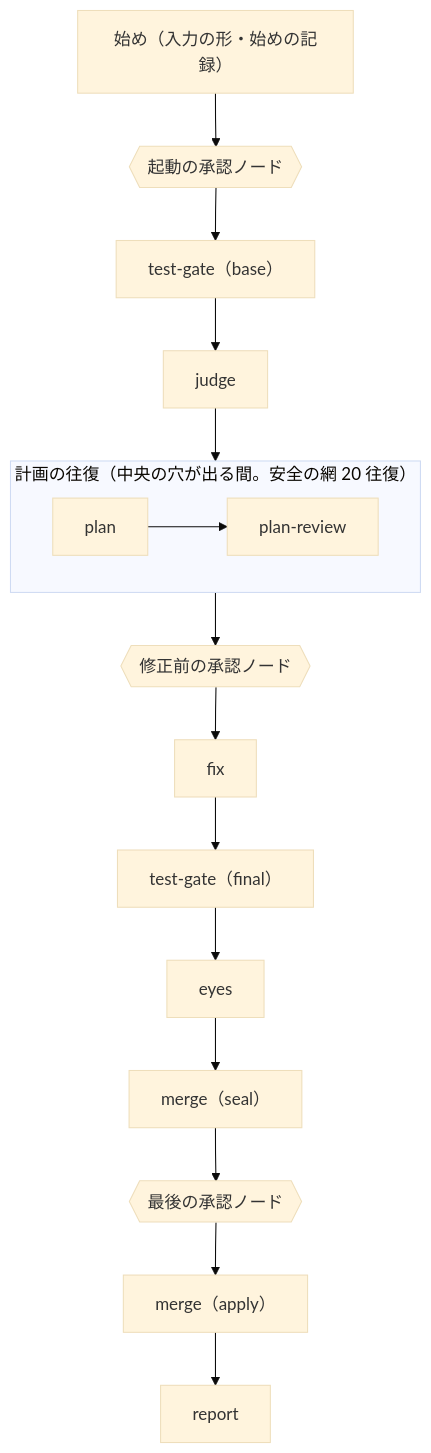
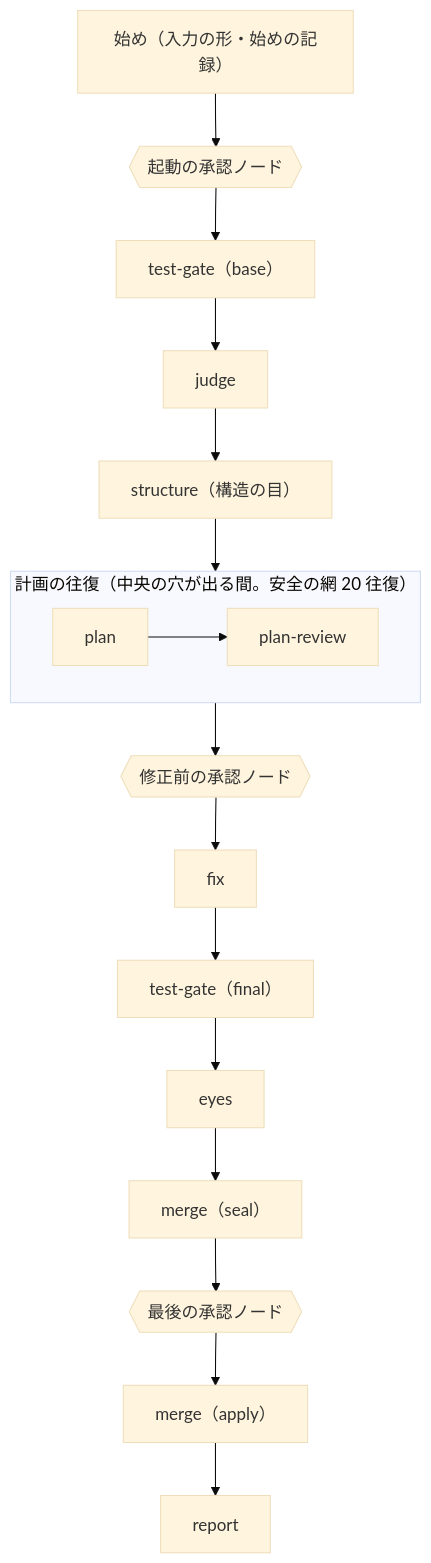
One commit to raiki61/works-factory changed the second of 2 diagrams in docs/design.md. Above: the diagram before and after it, drawn with Mermaid (base theme). The commit also changed other lines of this file and 113 other files, not shown here.

First line of the commit message:
構造の目を plan から分け、judge の後に 1 回だけ走るサブグラフ structure にする (#560)

````diff
--- a/docs/design.md
+++ b/docs/design.md
@@ -97,18 +97,19 @@
 ```mermaid
 flowchart TB
   start["始め（入力の形・始めの記録）"] --> g1{{"起動の承認ノード"}}
   g1 --> tb["test-gate（base）"]
   tb --> judge
-  judge --> loopP
+  judge --> structure["structure（構造の目）"]
+  structure --> loopP
   subgraph loopP["計画の往復（中央の穴が出る間。安全の網 20 往復）"]
     plan --> pr["plan-review"]
   end
   loopP --> g2{{"修正前の承認ノード"}}
   g2 --> fix
   fix --> tf["test-gate（final）"]
   tf --> eyes
   eyes --> ms["merge（seal）"]
   ms --> g3{{"最後の承認ノード"}}
   g3 --> ma["merge（apply）"]
   ma --> report
 ```
````
